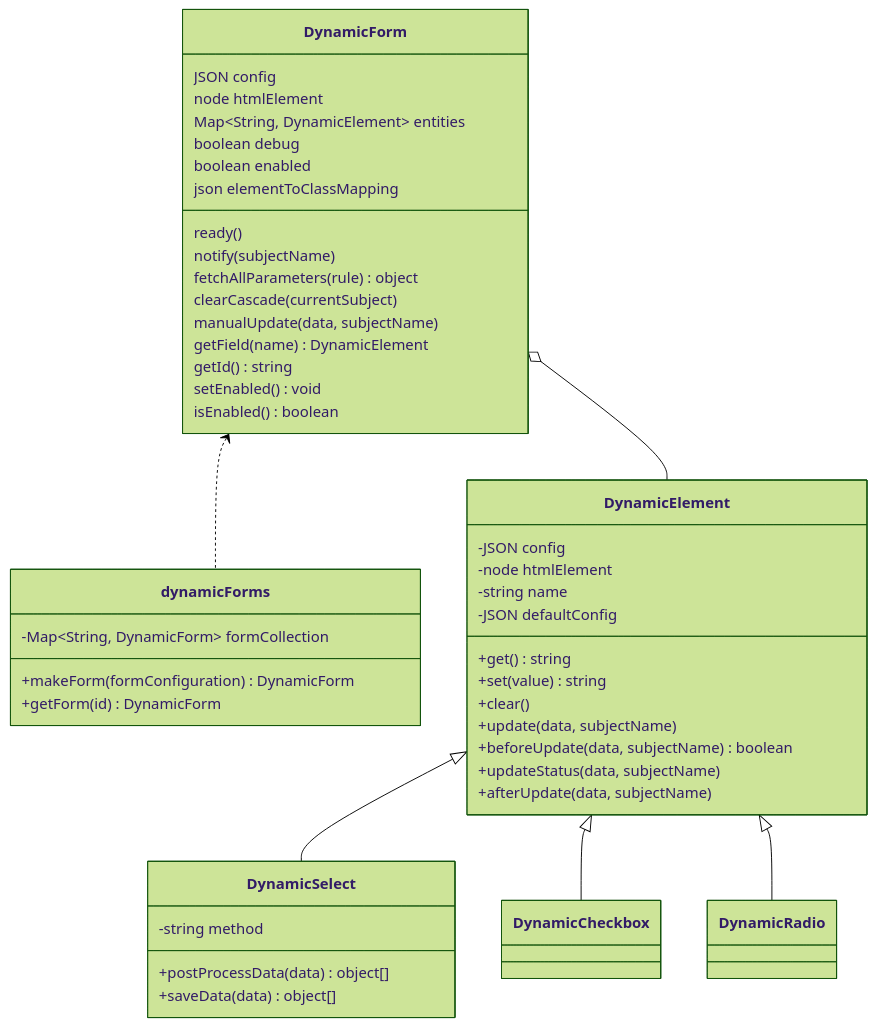
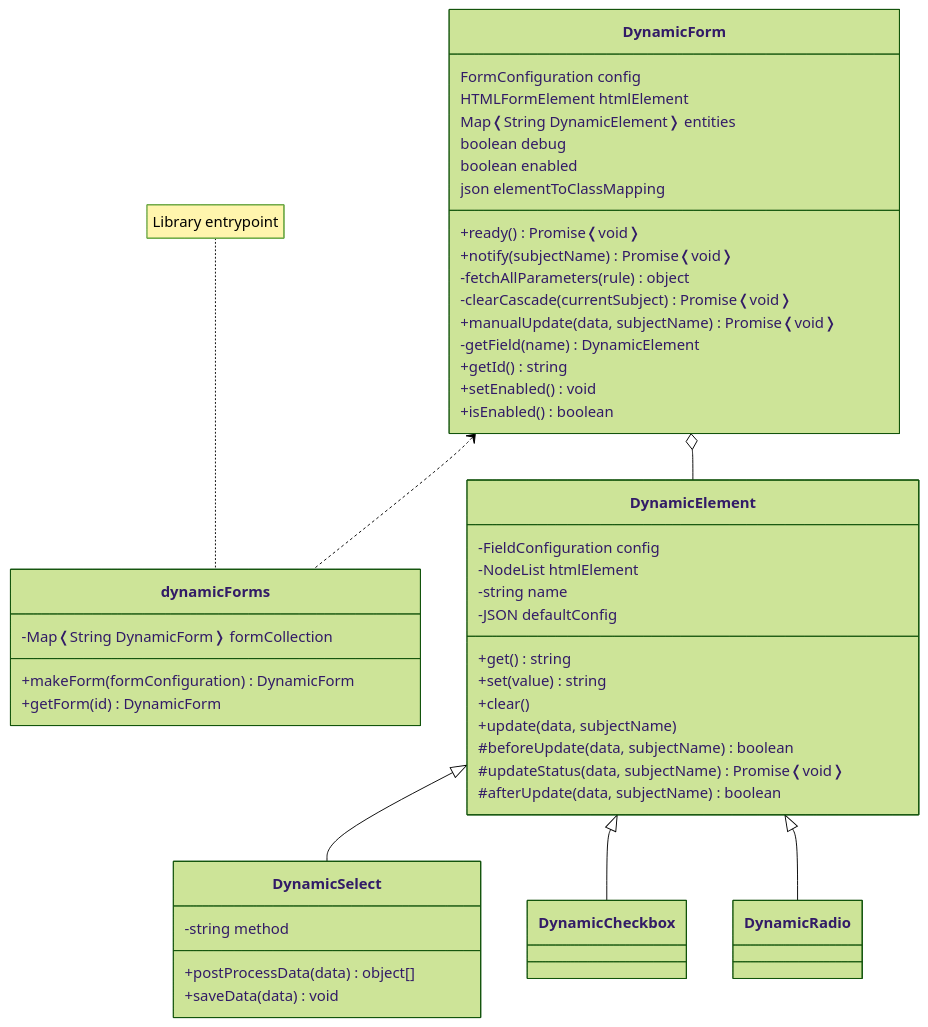
Before and after one commit to simomosi/dynamic-forms: the diagram in docs/dev/contribute.md, drawn with Mermaid (forest theme).

Commit message:
Copied diagram from classdiagram.mmd

````diff
--- a/docs/dev/contribute.md
+++ b/docs/dev/contribute.md
@@ -33,55 +33,57 @@
 ```mermaid
 classDiagram
 
     class DynamicForm {
-        JSON config
-        node htmlElement
-        Map~String, DynamicElement~ entities
+        FormConfiguration config
+        HTMLFormElement htmlElement
+        Map❬String DynamicElement❭ entities
         boolean debug
         boolean enabled
         json elementToClassMapping
 
-        ready()
-        notify(subjectName)
-        fetchAllParameters(rule) object
-        clearCascade(currentSubject)
-        manualUpdate(data, subjectName)
-        getField(name) DynamicElement
-        getId() string
-        setEnabled() void
-        isEnabled() boolean
+        +ready() Promise❬void❭
+        +notify(subjectName) Promise❬void❭
+        -fetchAllParameters(rule) object
+        -clearCascade(currentSubject) Promise❬void❭
+        +manualUpdate(data, subjectName) Promise❬void❭
+        -getField(name) DynamicElement
+        +getId() string
+        +setEnabled() void
+        +isEnabled() boolean
     }
 
     class dynamicForms {
-        -Map~String, DynamicForm~ formCollection
+        -Map❬String DynamicForm❭ formCollection
         +makeForm(formConfiguration) DynamicForm
         +getForm(id) DynamicForm
     }
 
+    note for dynamicForms "Library entrypoint"
+
     class DynamicElement {
-        -JSON config
-        -node htmlElement
+        -FieldConfiguration config
+        -NodeList htmlElement
         -string name
         -JSON defaultConfig
         +get() string
         +set(value) string
         +clear()
         +update(data, subjectName)
-        +beforeUpdate(data, subjectName) boolean
-        +updateStatus(data, subjectName)
-        +afterUpdate(data, subjectName)
+        #beforeUpdate(data, subjectName) boolean
+        #updateStatus(data, subjectName) Promise❬void❭
+        #afterUpdate(data, subjectName) boolean
     }
 
     class DynamicSelect {
         -string method
         +postProcessData(data) object[]
-        +saveData(data) object[]
+        +saveData(data) void
     }
 
     DynamicForm <.. dynamicForms
     DynamicForm o-- DynamicElement
     DynamicElement <|-- DynamicSelect
     DynamicElement <|-- DynamicCheckbox
     DynamicElement <|-- DynamicRadio
 
 ```
````
